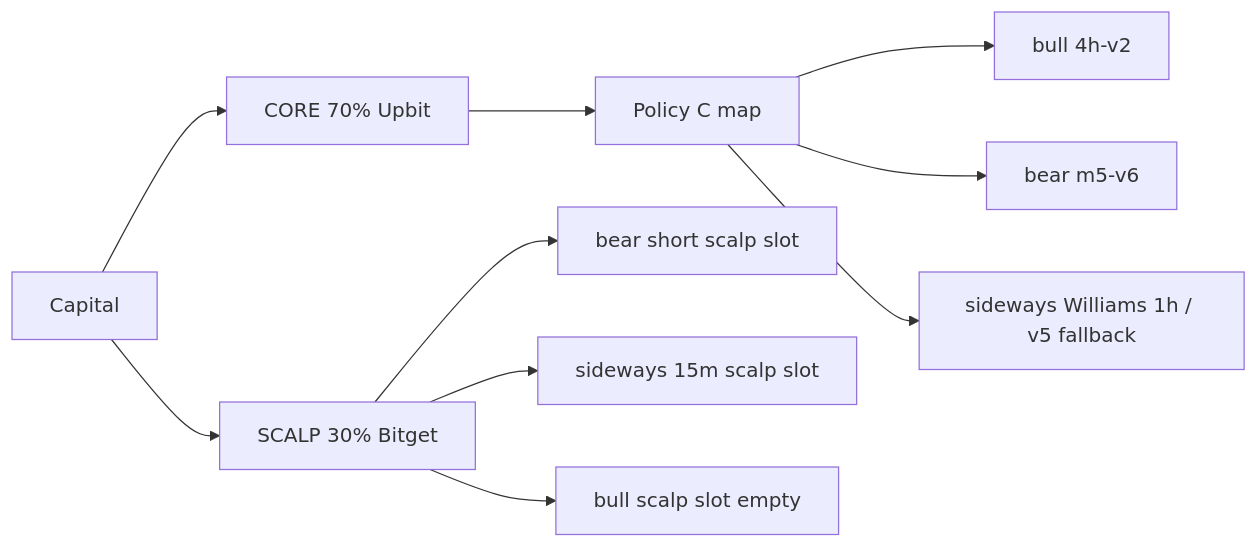
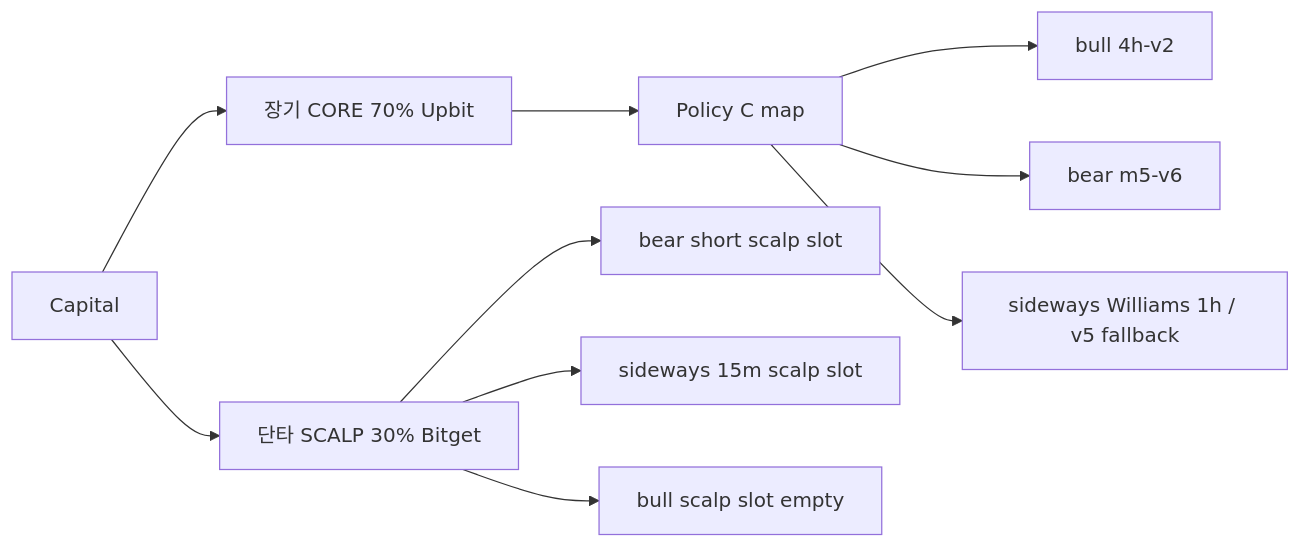
The diagram in docs/dual-sleeve-allocation.md (Mansejin/auto-trade), drawn with Mermaid before and after one commit. The commit also changed other lines of this file and 3 other files, not shown here.

````diff
--- a/docs/dual-sleeve-allocation.md
+++ b/docs/dual-sleeve-allocation.md
@@ -19,12 +19,12 @@
 ```mermaid
 flowchart LR
-  Capital --> CORE["CORE 70% Upbit"]
-  Capital --> SCALP["SCALP 30% Bitget"]
+  Capital --> CORE["장기 CORE 70% Upbit"]
+  Capital --> SCALP["단타 SCALP 30% Bitget"]
   CORE --> PC["Policy C map"]
   PC --> Bull["bull 4h-v2"]
   PC --> Bear["bear m5-v6"]
   PC --> Side["sideways Williams 1h / v5 fallback"]
   SCALP --> BS["bear short scalp slot"]
   SCALP --> SS["sideways 15m scalp slot"]
   SCALP --> BuS["bull scalp slot empty"]
 ```
````
